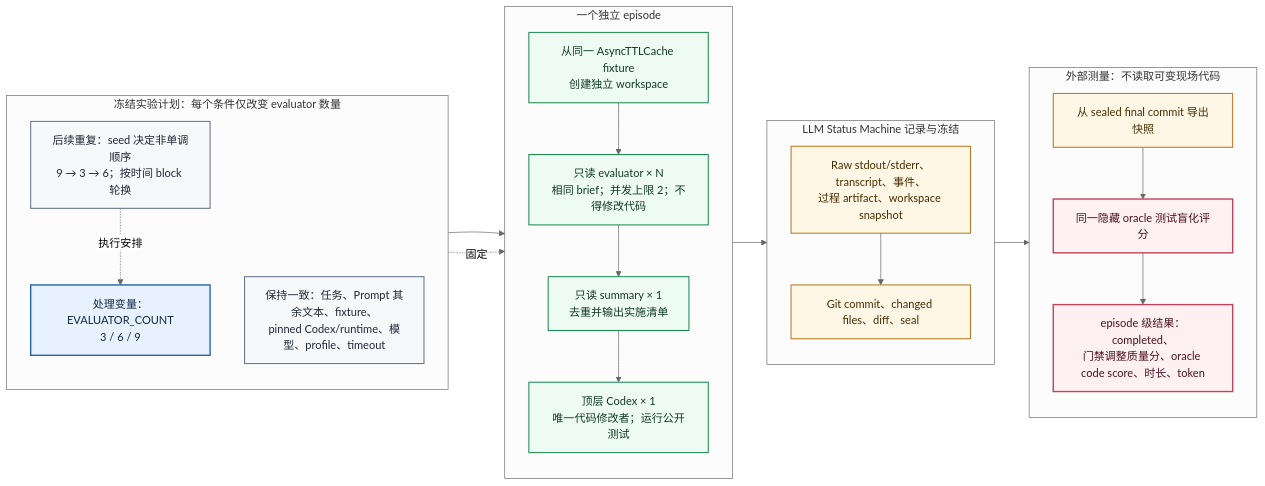
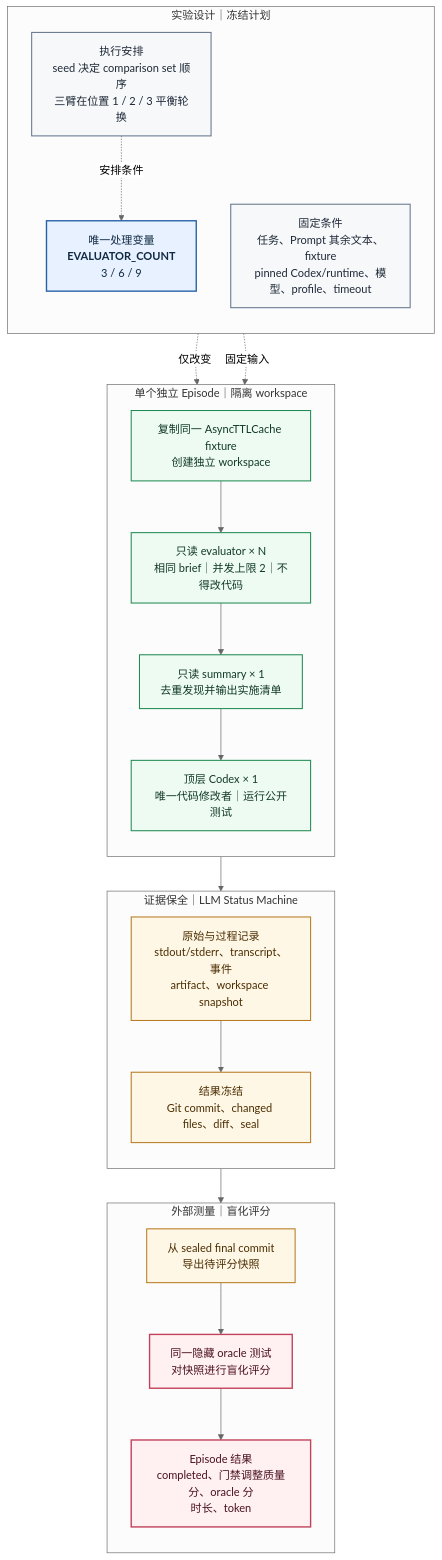
The diagram in examples/subagent-count-quality-study/README.md (huangwb8/llm-status-machine), drawn with Mermaid (neutral theme) before and after one commit. The commit also changed other lines of this file and 32 other files, not shown here.

````diff
--- a/examples/subagent-count-quality-study/README.md
+++ b/examples/subagent-count-quality-study/README.md
@@ -13,45 +13,45 @@
 ```mermaid
-flowchart LR
+flowchart TB
     classDef treatment fill:#e8f1ff,stroke:#2563a8,stroke-width:2px,color:#102a43
     classDef control fill:#f6f8fa,stroke:#64748b,stroke-width:1.5px,color:#1f2937
     classDef process fill:#eefbf3,stroke:#1f8a52,stroke-width:1.5px,color:#123a25
     classDef evidence fill:#fff7e6,stroke:#b7791f,stroke-width:1.5px,color:#4a2d00
     classDef outcome fill:#fff0f2,stroke:#c2415a,stroke-width:2px,color:#4a1020
 
-    subgraph design[冻结实验计划：每个条件仅改变 evaluator 数量]
+    subgraph design[实验设计｜冻结计划]
         direction TB
-        T[处理变量：EVALUATOR_COUNT<br/>3 / 6 / 9]:::treatment
-        C[保持一致：任务、Prompt 其余文本、fixture、<br/>pinned Codex/runtime、模型、profile、timeout]:::control
-        R[后续重复：seed 决定非单调顺序<br/>9 → 3 → 6；按时间 block 轮换]:::control
+        T["唯一处理变量<br/><b>EVALUATOR_COUNT</b><br/>3 / 6 / 9"]:::treatment
+        C["固定条件<br/>任务、Prompt 其余文本、fixture<br/>pinned Codex/runtime、模型、profile、timeout"]:::control
+        R["执行安排<br/>seed 决定 comparison set 顺序<br/>三臂在位置 1 / 2 / 3 平衡轮换"]:::control
     end
 
-    subgraph episode[一个独立 episode]
+    subgraph episode[单个独立 Episode｜隔离 workspace]
         direction TB
-        W[从同一 AsyncTTLCache fixture<br/>创建独立 workspace]:::process
-        E[只读 evaluator × N<br/>相同 brief；并发上限 2；不得修改代码]:::process
-        S[只读 summary × 1<br/>去重并输出实施清单]:::process
-        X[顶层 Codex × 1<br/>唯一代码修改者；运行公开测试]:::process
+        W["复制同一 AsyncTTLCache fixture<br/>创建独立 workspace"]:::process
+        E["只读 evaluator × N<br/>相同 brief｜并发上限 2｜不得改代码"]:::process
+        S["只读 summary × 1<br/>去重发现并输出实施清单"]:::process
+        X["顶层 Codex × 1<br/>唯一代码修改者｜运行公开测试"]:::process
         W --> E --> S --> X
     end
 
-    subgraph record[LLM Status Machine 记录与冻结]
+    subgraph record[证据保全｜LLM Status Machine]
         direction TB
-        B[Raw stdout/stderr、transcript、事件、<br/>过程 artifact、workspace snapshot]:::evidence
-        G[Git commit、changed files、diff、seal]:::evidence
+        B["原始与过程记录<br/>stdout/stderr、transcript、事件<br/>artifact、workspace snapshot"]:::evidence
+        G["结果冻结<br/>Git commit、changed files、diff、seal"]:::evidence
         B --> G
     end
 
-    subgraph measure[外部测量：不读取可变现场代码]
+    subgraph measure[外部测量｜盲化评分]
         direction TB
-        O[从 sealed final commit 导出快照]:::evidence
-        Q[同一隐藏 oracle 测试盲化评分]:::outcome
-        Y[episode 级结果：completed、<br/>门禁调整质量分、oracle code score、时长、token]:::outcome
+        O["从 sealed final commit<br/>导出待评分快照"]:::evidence
+        Q["同一隐藏 oracle 测试<br/>对快照进行盲化评分"]:::outcome
+        Y["Episode 结果<br/>completed、门禁调整质量分、oracle 分<br/>时长、token"]:::outcome
         O --> Q --> Y
     end
 
-    T --> E
-    C -. 固定 .-> W
-    R -. 执行安排 .-> T
+    T -. "仅改变" .-> E
+    C -. "固定输入" .-> W
+    R -. "安排条件" .-> T
     X --> B
     G --> O
 ```
````
